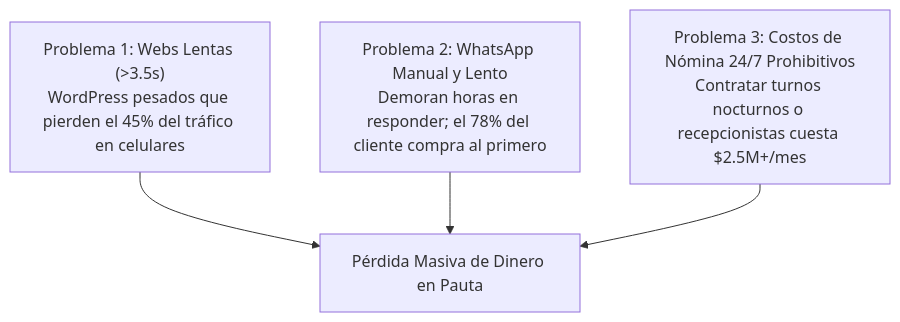
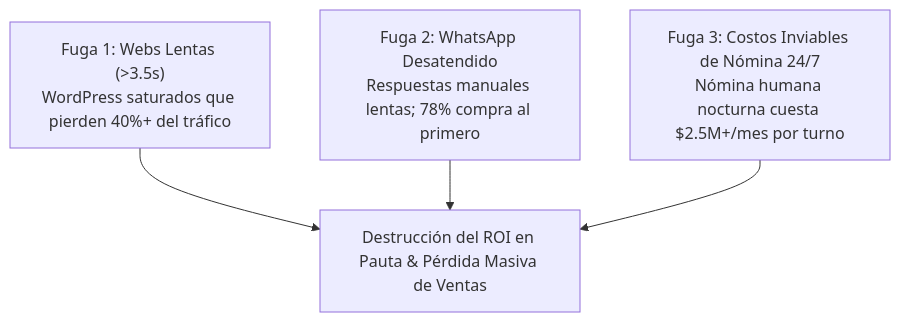
The first of 10 diagrams in docs/PLAN_DE_NEGOCIOS_SINCROIA.md (AlejoLamg/Sincria-), drawn with Mermaid before and after one commit. The commit also changed other lines of this file, not shown here.

````diff
--- a/docs/PLAN_DE_NEGOCIOS_SINCROIA.md
+++ b/docs/PLAN_DE_NEGOCIOS_SINCROIA.md
@@ -51,6 +64,6 @@
 ```mermaid
 flowchart TD
-    P1["Problema 1: Webs Lentas (>3.5s)<br/>WordPress pesados que pierden el 45% del tráfico en celulares"] --> C["Pérdida Masiva de Dinero en Pauta"]
-    P2["Problema 2: WhatsApp Manual y Lento<br/>Demoran horas en responder; el 78% del cliente compra al primero"] --> C
-    P3["Problema 3: Costos de Nómina 24/7 Prohibitivos<br/>Contratar turnos nocturnos o recepcionistas cuesta $2.5M+/mes"] --> C
+    P1["Fuga 1: Webs Lentas (>3.5s)<br/>WordPress saturados que pierden 40%+ del tráfico"] --> C["Destrucción del ROI en Pauta & Pérdida Masiva de Ventas"]
+    P2["Fuga 2: WhatsApp Desatendido<br/>Respuestas manuales lentas; 78% compra al primero"] --> C
+    P3["Fuga 3: Costos Inviables de Nómina 24/7<br/>Nómina humana nocturna cuesta $2.5M+/mes por turno"] --> C
 ```
````
